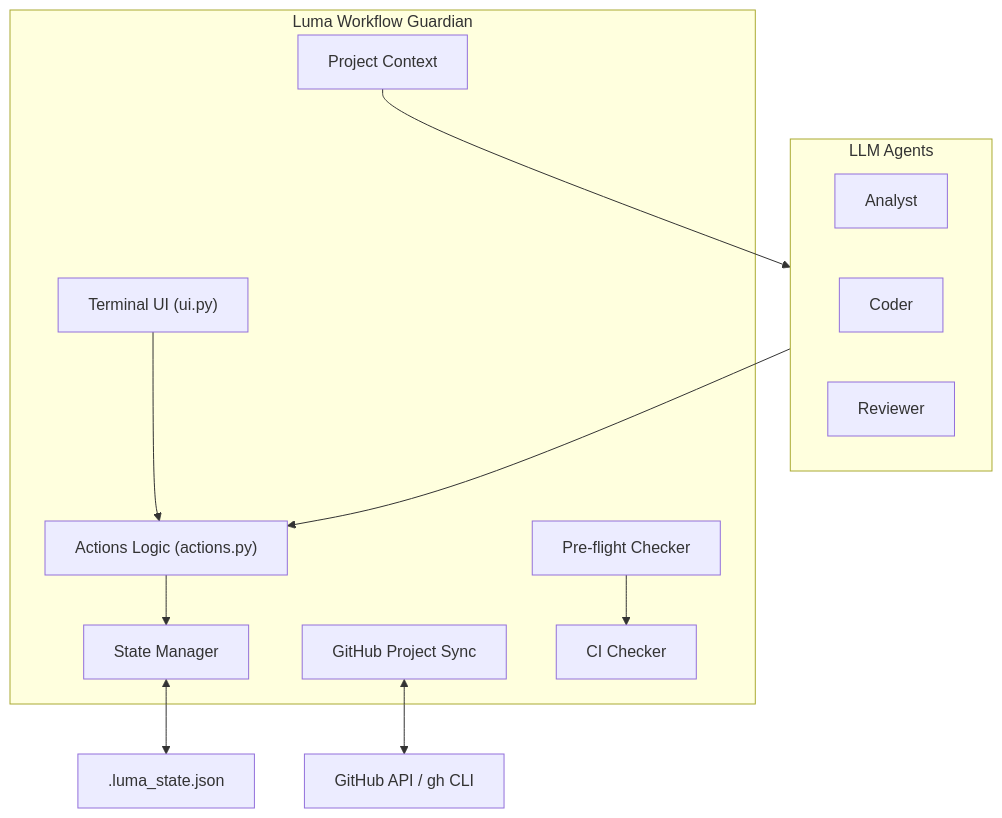
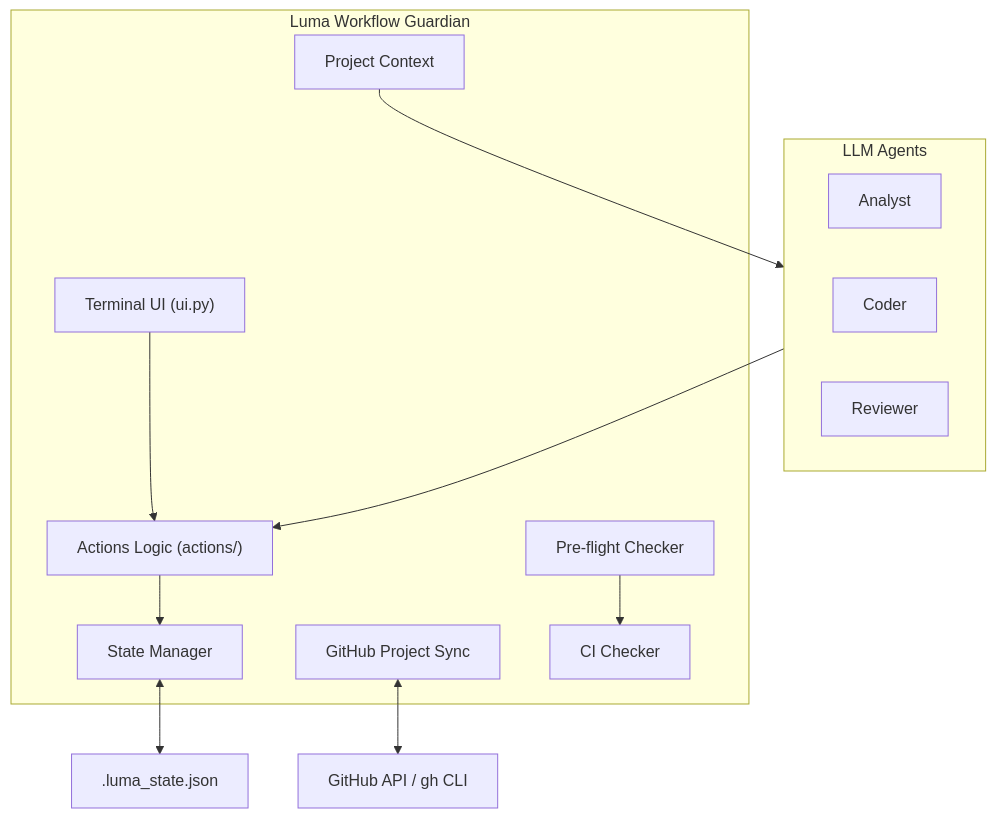
The first of 2 diagrams in README.md (oatrice/Luma), drawn with Mermaid before and after one commit. The commit also changed other lines of this file and 1 other file, not shown here.

````diff
--- a/README.md
+++ b/README.md
@@ -11,26 +11,26 @@
 ```mermaid
 flowchart TB
     subgraph Luma["Luma Workflow Guardian"]
         SM[State Manager]
         GP[GitHub Project Sync]
         PC[Pre-flight Checker]
         CIC[CI Checker]
         PCTX[Project Context]
         UI["Terminal UI (ui.py)"]
-        ACT["Actions Logic (actions.py)"]
+        ACT["Actions Logic (actions/)"]
     end
     
     subgraph Agents["LLM Agents"]
         Analyst
         Coder
         Reviewer
     end
 
     SM <--> LS[.luma_state.json]
     GP <--> GH[GitHub API / gh CLI]
     PC --> CIC
     PCTX --> Agents
     ACT --> SM
     UI --> ACT
     Agents --> ACT
 ```
````
